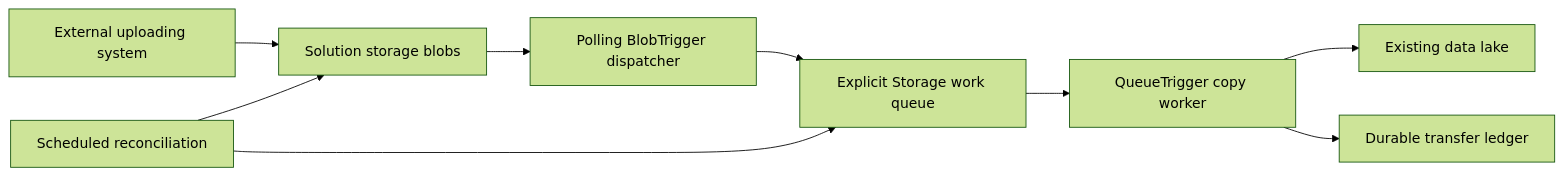
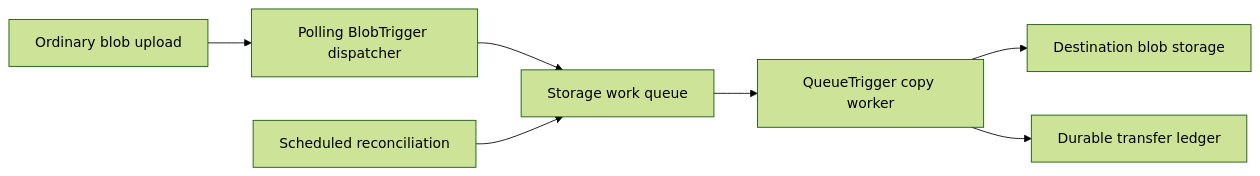
The second of 2 diagrams in README.md (Enetact/Bicep), drawn with Mermaid (forest theme) before and after one commit. The commit also changed other lines of this file and 1 other file, not shown here.

````diff
--- a/README.md
+++ b/README.md
@@ -82,11 +182,9 @@
 ```mermaid
 flowchart LR
-    X[External uploading system] --> B[Solution storage blobs]
-    B --> L[Polling BlobTrigger dispatcher]
-    L --> Q[Explicit Storage work queue]
-    Q --> F[QueueTrigger copy worker]
-    F --> D[Existing data lake]
-    F --> R[Durable transfer ledger]
-    T[Scheduled reconciliation] --> B
-    T --> Q
+    Upload[Ordinary blob upload] --> Dispatcher[Polling BlobTrigger dispatcher]
+    Dispatcher --> Queue[Storage work queue]
+    Queue --> Worker[QueueTrigger copy worker]
+    Worker --> Destination[Destination blob storage]
+    Worker --> Ledger[Durable transfer ledger]
+    Timer[Scheduled reconciliation] --> Queue
 ```
````
